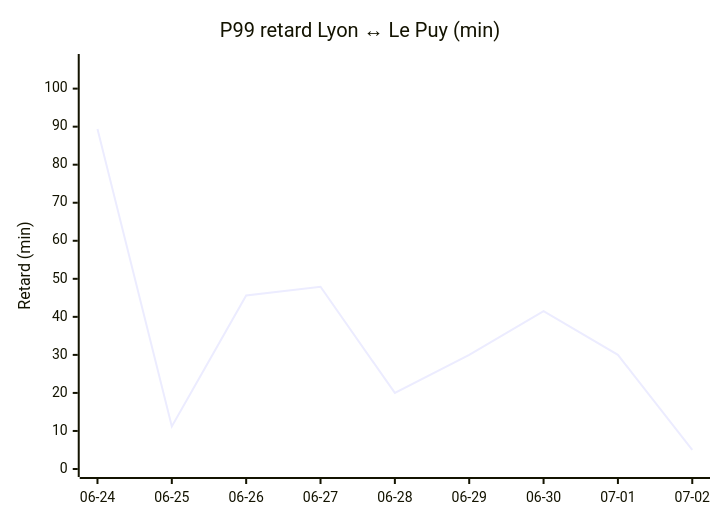
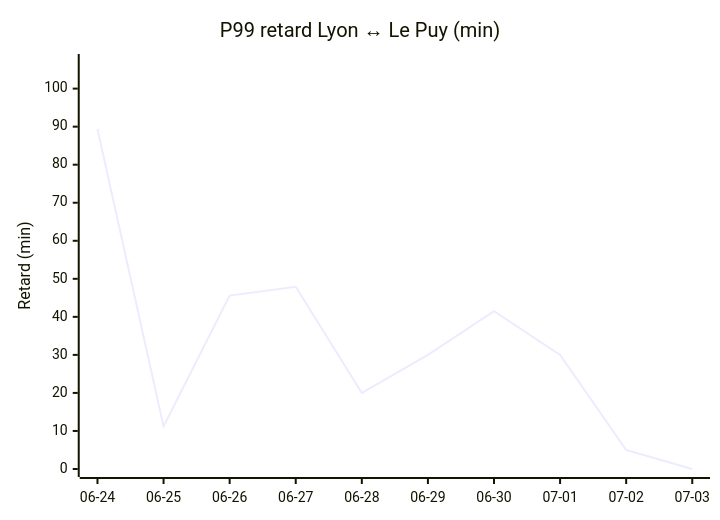
The fourth of 4 diagrams in STATS.md (antoinerep/horaire-ter), drawn with Mermaid before and after one commit. The commit also changed other lines of this file and 1 other file, not shown here.

````diff
--- a/STATS.md
+++ b/STATS.md
@@ -91,7 +92,7 @@
 ```mermaid
 xychart-beta
     title "P99 retard Lyon ↔ Le Puy (min)"
-    x-axis ["06-24", "06-25", "06-26", "06-27", "06-28", "06-29", "06-30", "07-01", "07-02"]
+    x-axis ["06-24", "06-25", "06-26", "06-27", "06-28", "06-29", "06-30", "07-01", "07-02", "07-03"]
     y-axis "Retard (min)" 0 --> 107
-    line [89.4, 11.2, 45.6, 47.9, 20.0, 30.0, 41.5, 30.0, 5.0]
+    line [89.4, 11.2, 45.6, 47.9, 20.0, 30.0, 41.5, 30.0, 5.0, 0.0]
 ```
````
